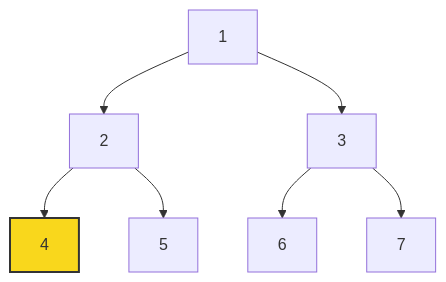
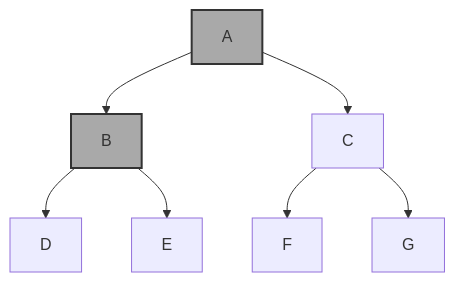
Before and after one commit to remykarem/remykarem.github.io: the third of 7 diagrams in books-src/data-structures-and-algorithms-book/src/algorithms/search/depth-first.md, drawn with Mermaid. The commit also changed other lines of this file, not shown here.

````diff
--- a/books-src/data-structures-and-algorithms-book/src/algorithms/search/depth-first.md
+++ b/books-src/data-structures-and-algorithms-book/src/algorithms/search/depth-first.md
@@ -48,18 +33,11 @@
 ```mermaid
 graph TD
-    A[1]
-    B[2]
-    C[3]
-    D[4]
-    E[5]
-    F[6]
-    G[7]
-
     A --> B
     A --> C
     B --> D
     B --> E
     C --> F
     C --> G
-    style D fill:#f9d71c,stroke:#333,stroke-width:2px
+    style A fill:#a9a9a9,stroke:#333,stroke-width:2px
+    style B fill:#a9a9a9,stroke:#333,stroke-width:2px
 ```
````
